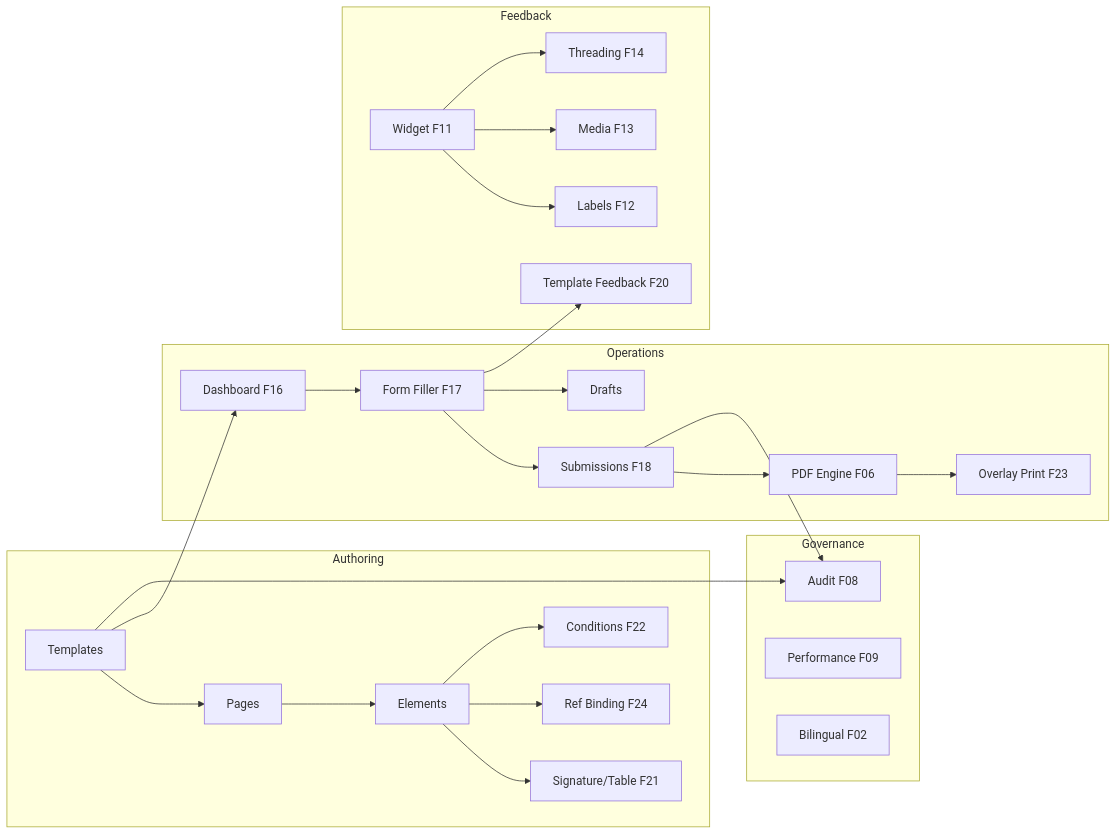
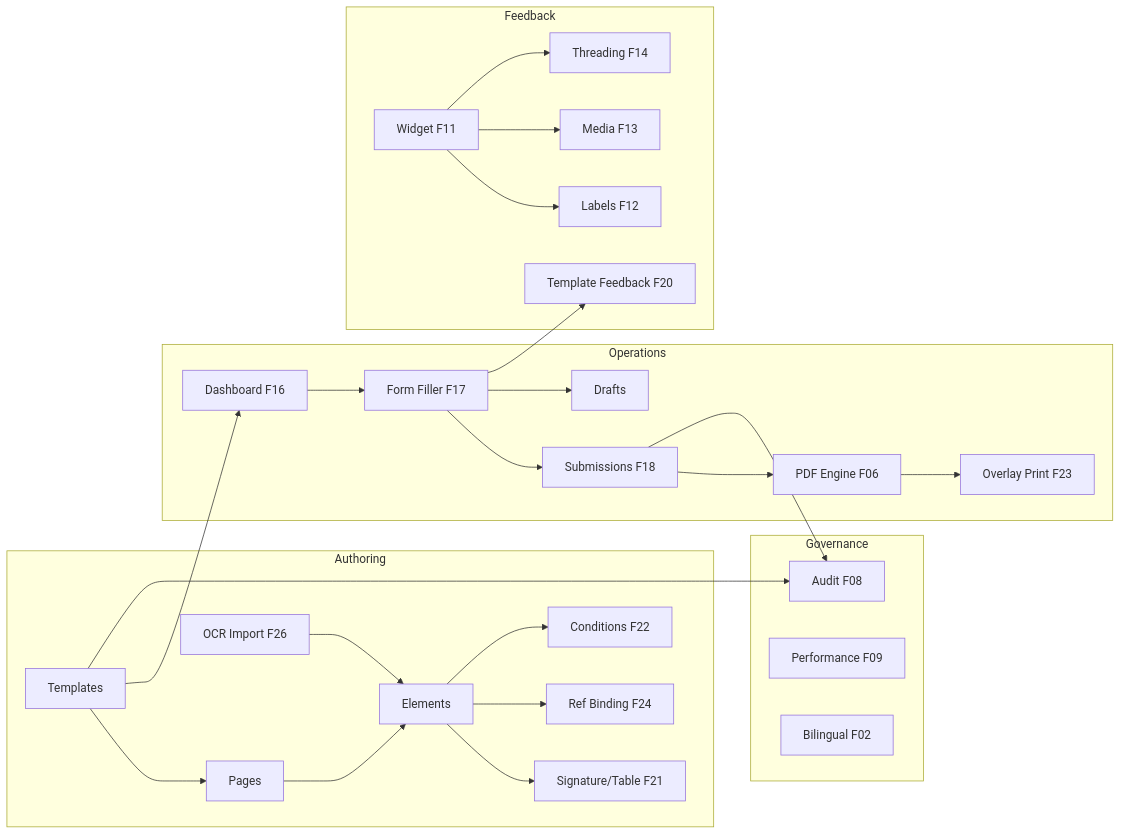
One commit to YasserHosny/FormCraft changed the second of 2 diagrams in docs/flows/comprehensive-flow.md. Above: the diagram before and after it, drawn with Mermaid. The commit also changed other lines of this file and 3 other files, not shown here.

First line of the commit message:
docs: update flow documentation to include Feature 26 (Form Import & OCR)

````diff
--- a/docs/flows/comprehensive-flow.md
+++ b/docs/flows/comprehensive-flow.md
@@ -446,35 +473,36 @@
 ```mermaid
 flowchart LR
     subgraph "Authoring"
         T[Templates] --> P[Pages] --> E[Elements]
         E --> S[Signature/Table F21]
         E --> R[Ref Binding F24]
         E --> V[Conditions F22]
+        OCR[OCR Import F26] --> E
     end
 
     subgraph "Operations"
         D[Dashboard F16] --> FF[Form Filler F17]
         FF --> Sub[Submissions F18]
         FF --> Dr[Drafts]
         Sub --> PDF[PDF Engine F06]
         PDF --> OV[Overlay Print F23]
     end
 
     subgraph "Feedback"
         FW[Widget F11] --> Lab[Labels F12]
         FW --> Med[Media F13]
         FW --> Th[Threading F14]
         TF[Template Feedback F20]
     end
 
     subgraph "Governance"
         Au[Audit F08]
         Perf[Performance F09]
         i18n[Bilingual F02]
     end
 
     T --> D
     FF --> TF
     Sub --> Au
     T --> Au
 ```
````
